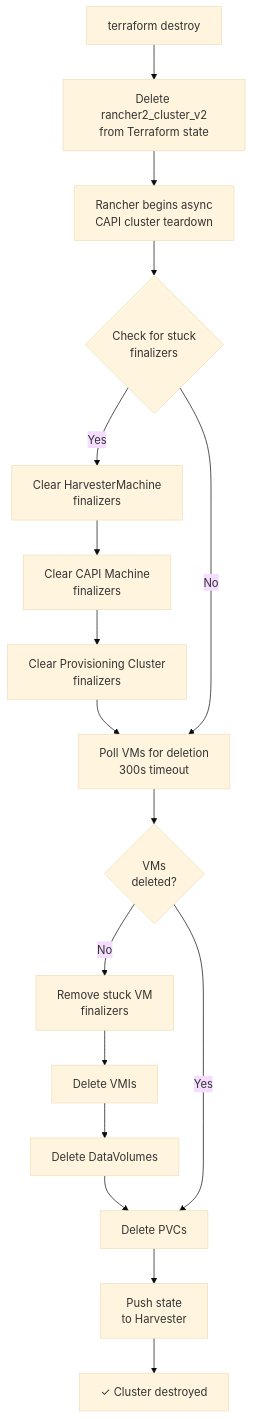
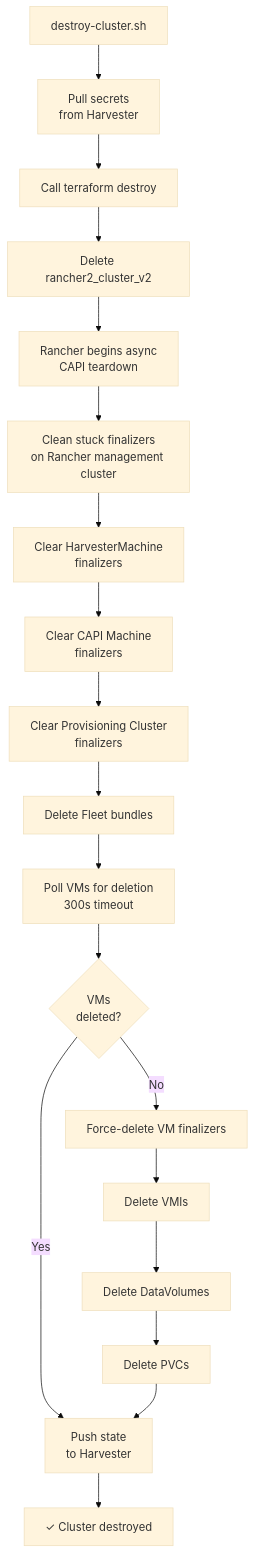
The second of 2 diagrams in docs/operations.md (derhornspieler/harvester-rke2-cluster), drawn with Mermaid (base theme) before and after one commit. The commit also changed other lines of this file and 3 other files, not shown here.

First line of the commit message:
docs: update for destroy-cluster.sh, nuke-cluster.sh, and troubleshooting

````diff
--- a/docs/operations.md
+++ b/docs/operations.md
@@ -752,19 +766,21 @@
 ```mermaid
 graph TD
-    A["terraform destroy"] --> B["Delete rancher2_cluster_v2<br/>from Terraform state"]
-    B --> C["Rancher begins async<br/>CAPI cluster teardown"]
-    C --> D{"Check for stuck<br/>finalizers"}
-    D -->|Yes| E["Clear HarvesterMachine<br/>finalizers"]
-    E --> F["Clear CAPI Machine<br/>finalizers"]
-    F --> G["Clear Provisioning Cluster<br/>finalizers"]
-    G --> H["Poll VMs for deletion<br/>300s timeout"]
-    D -->|No| H
-    H --> I{"VMs<br/>deleted?"}
-    I -->|No| J["Remove stuck VM<br/>finalizers"]
-    J --> K["Delete VMIs"]
-    K --> L["Delete DataVolumes"]
-    L --> M["Delete PVCs"]
-    I -->|Yes| M
-    M --> N["Push state<br/>to Harvester"]
-    N --> O["✓ Cluster destroyed"]
+    A["destroy-cluster.sh"] --> B["Pull secrets<br/>from Harvester"]
+    B --> C["Call terraform destroy"]
+    C --> D["Delete rancher2_cluster_v2"]
+    D --> E["Rancher begins async<br/>CAPI teardown"]
+    E --> F["Clean stuck finalizers<br/>on Rancher management cluster"]
+    F --> G["Clear HarvesterMachine<br/>finalizers"]
+    G --> H["Clear CAPI Machine<br/>finalizers"]
+    H --> I["Clear Provisioning Cluster<br/>finalizers"]
+    I --> J["Delete Fleet bundles"]
+    J --> K["Poll VMs for deletion<br/>300s timeout"]
+    K --> L{"VMs<br/>deleted?"}
+    L -->|Yes| M["Push state<br/>to Harvester"]
+    L -->|No| N["Force-delete VM finalizers"]
+    N --> O["Delete VMIs"]
+    O --> P["Delete DataVolumes"]
+    P --> Q["Delete PVCs"]
+    Q --> M
+    M --> R["✓ Cluster destroyed"]
 ```
````
